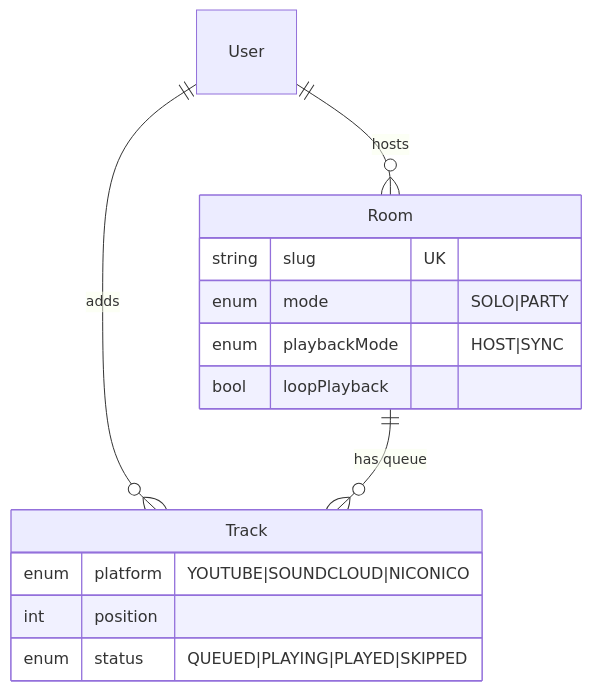
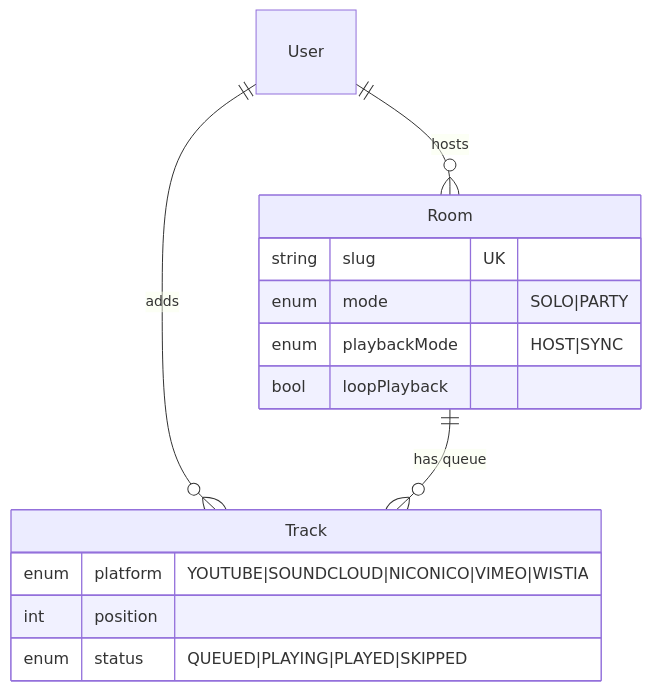
The third of 6 diagrams in docs/architecture.md (zagan-the-gun/XW-1), drawn with Mermaid before and after one commit. The commit also changed other lines of this file and 17 other files, not shown here.

````diff
--- a/docs/architecture.md
+++ b/docs/architecture.md
@@ -70,18 +73,18 @@
 ```mermaid
 erDiagram
     User ||--o{ Room : "hosts"
     User ||--o{ Track : "adds"
     Room ||--o{ Track : "has queue"
 
     Room {
         string slug UK
         enum mode "SOLO|PARTY"
         enum playbackMode "HOST|SYNC"
         bool loopPlayback
     }
     Track {
-        enum platform "YOUTUBE|SOUNDCLOUD|NICONICO"
+        enum platform "YOUTUBE|SOUNDCLOUD|NICONICO|VIMEO|WISTIA"
         int position
         enum status "QUEUED|PLAYING|PLAYED|SKIPPED"
     }
 ```
````
